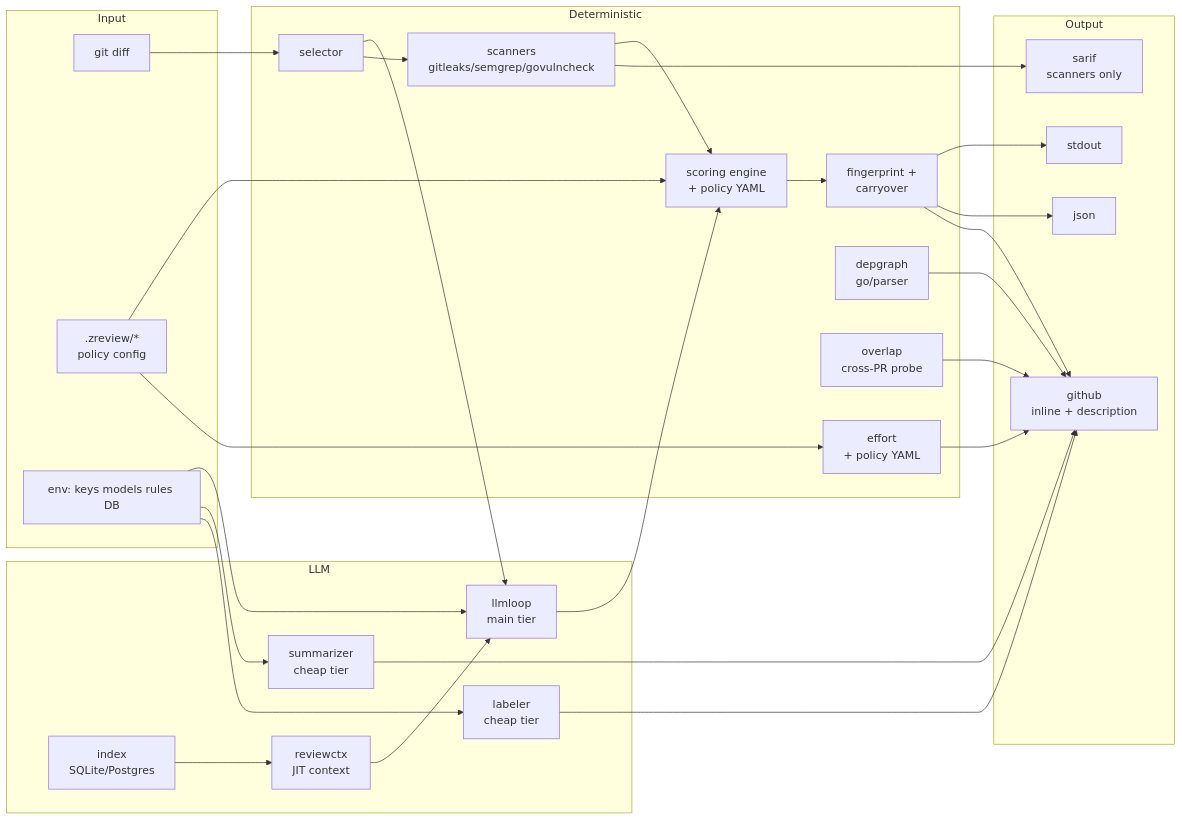
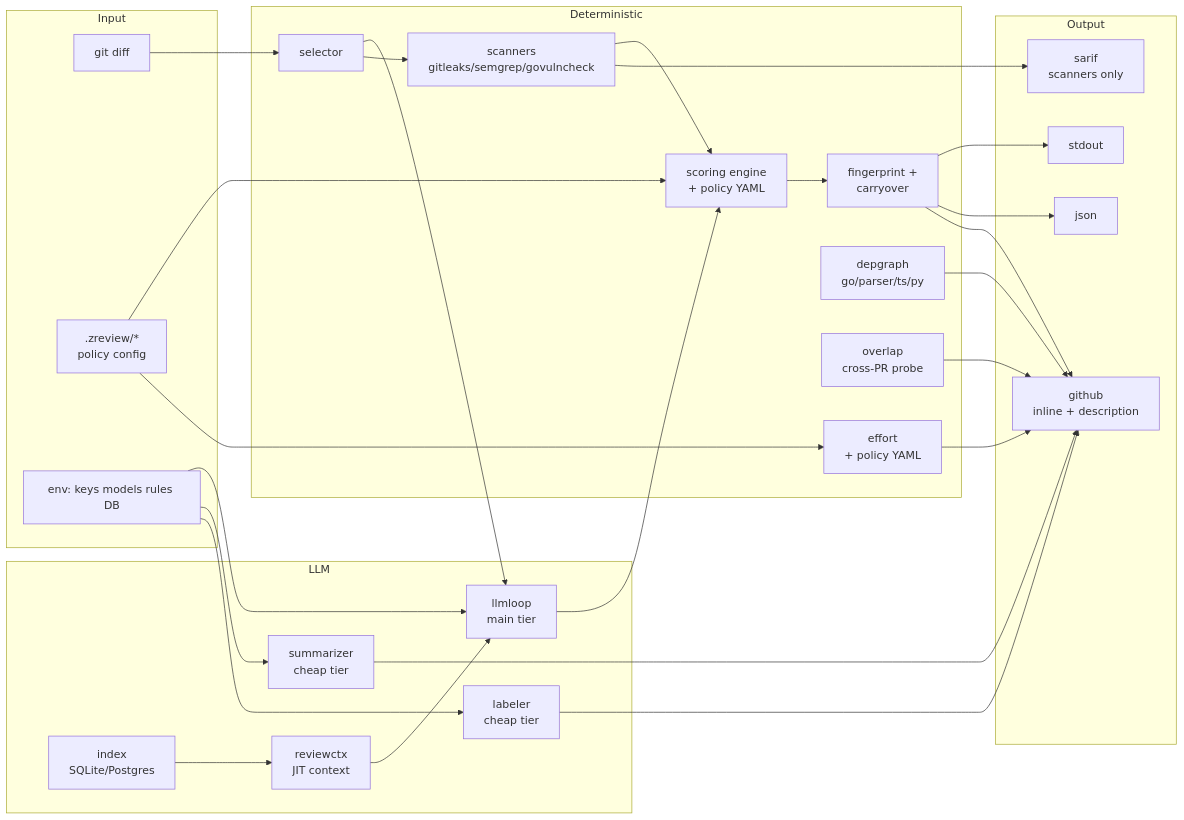
Before and after one commit to shubam-disseqt/shubam-ai-code-reviewer: the first of 3 diagrams in README.md, drawn with Mermaid. The commit also changed other lines of this file, not shown here.

````diff
--- a/README.md
+++ b/README.md
@@ -125,52 +89,52 @@
 ```mermaid
 flowchart LR
   subgraph Input
     A1[git diff]
     A2[.zreview/*<br/>policy config]
     A3[env: keys models rules DB]
   end
 
   subgraph Deterministic
     B1[selector]
     B2[scanners<br/>gitleaks/semgrep/govulncheck]
     B3[scoring engine<br/>+ policy YAML]
     B4[fingerprint +<br/>carryover]
     B5[effort<br/>+ policy YAML]
-    B6[depgraph<br/>go/parser]
+    B6[depgraph<br/>go/parser/ts/py]
     B7[overlap<br/>cross-PR probe]
   end
 
   subgraph LLM
     C1[llmloop<br/>main tier]
     C2[summarizer<br/>cheap tier]
     C3[labeler<br/>cheap tier]
     C4[index<br/>SQLite/Postgres]
     C5[reviewctx<br/>JIT context]
   end
 
   subgraph Output
     D1[stdout]
     D2[json]
     D3[github<br/>inline + description]
     D4[sarif<br/>scanners only]
   end
 
   A1 --> B1 --> C1
   A2 --> B3
   A2 --> B5
   A3 --> C1
   A3 --> C2
   A3 --> C3
   B1 --> B2 --> B3
   C1 --> B3
   B3 --> B4 --> D1
   B4 --> D2
   B4 --> D3
   B2 --> D4
   B5 --> D3
   B6 --> D3
   B7 --> D3
   C2 --> D3
   C3 --> D3
   C4 --> C5 --> C1
 ```
````
